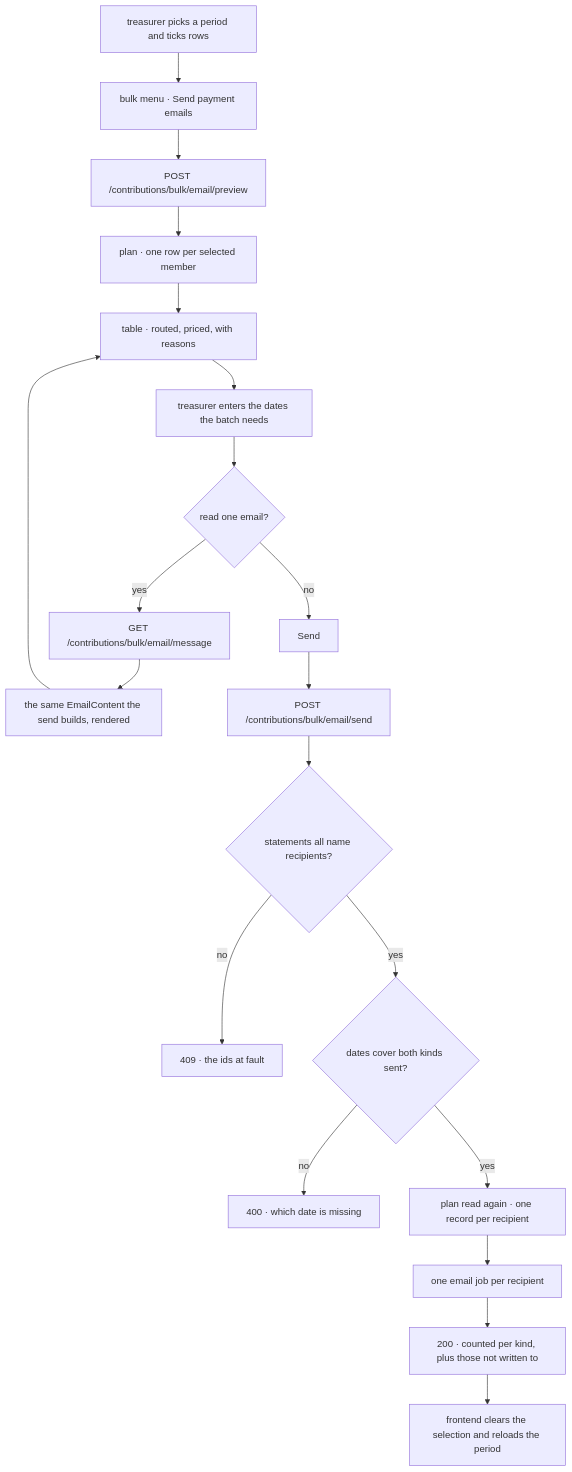
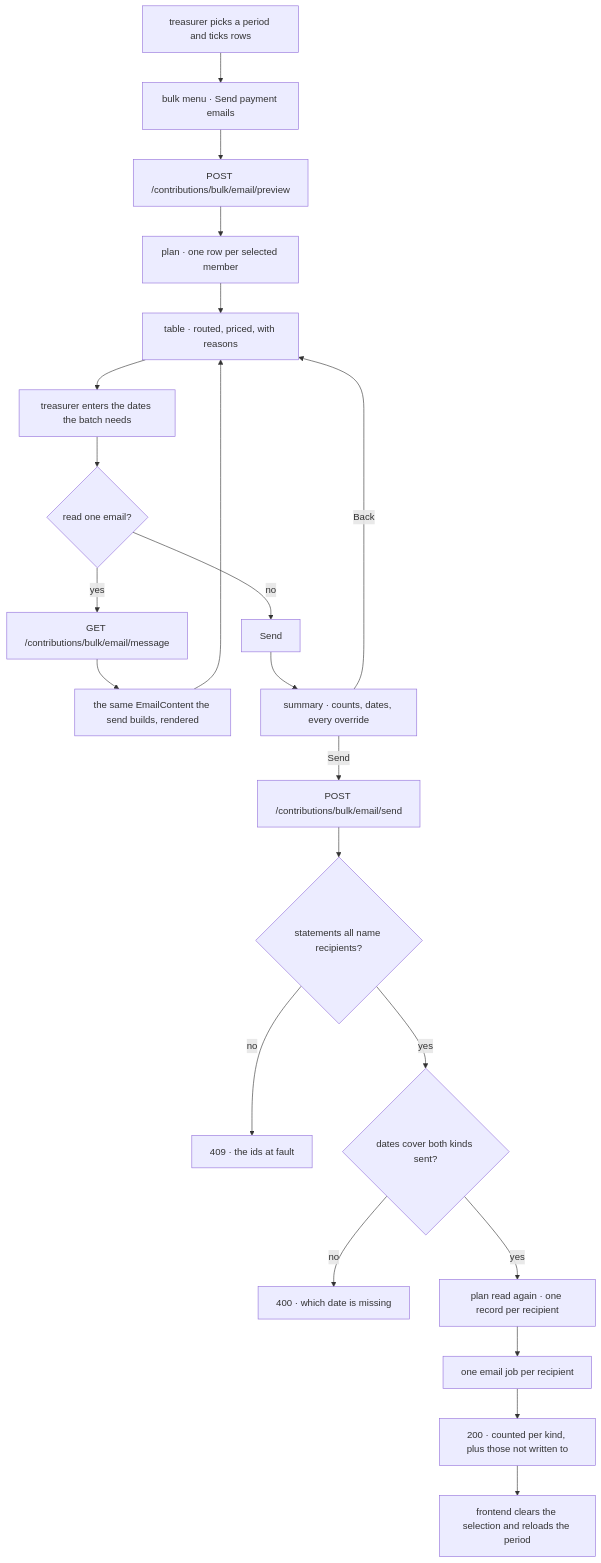
Before and after one commit to ESA-Blueshell/website: the second of 3 diagrams in docs/flows/payment-emails/README.md, drawn with Mermaid. The commit also changed other lines of this file and 5 other files, not shown here.

First line of the commit message:
feat(contribution): a summary stands between Send and the send

````diff
--- a/docs/flows/payment-emails/README.md
+++ b/docs/flows/payment-emails/README.md
@@ -85,22 +87,24 @@
 ```mermaid
 flowchart TD
     A[treasurer picks a period and ticks rows] --> B[bulk menu · Send payment emails]
     B --> C[POST /contributions/bulk/email/preview]
     C --> D[plan · one row per selected member]
     D --> E[table · routed, priced, with reasons]
     E --> F[treasurer enters the dates the batch needs]
     F --> G{read one email?}
     G -- yes --> H[GET /contributions/bulk/email/message]
     H --> I[the same EmailContent the send builds, rendered]
     I --> E
     G -- no --> J[Send]
-    J --> K[POST /contributions/bulk/email/send]
+    J --> J2[summary · counts, dates, every override]
+    J2 -- Back --> E
+    J2 -- Send --> K[POST /contributions/bulk/email/send]
     K --> L{statements all name recipients?}
     L -- no --> M[409 · the ids at fault]
     L -- yes --> N{dates cover both kinds sent?}
     N -- no --> O[400 · which date is missing]
     N -- yes --> P[plan read again · one record per recipient]
     P --> Q[one email job per recipient]
     Q --> R[200 · counted per kind, plus those not written to]
     R --> S[frontend clears the selection and reloads the period]
 ```
````
